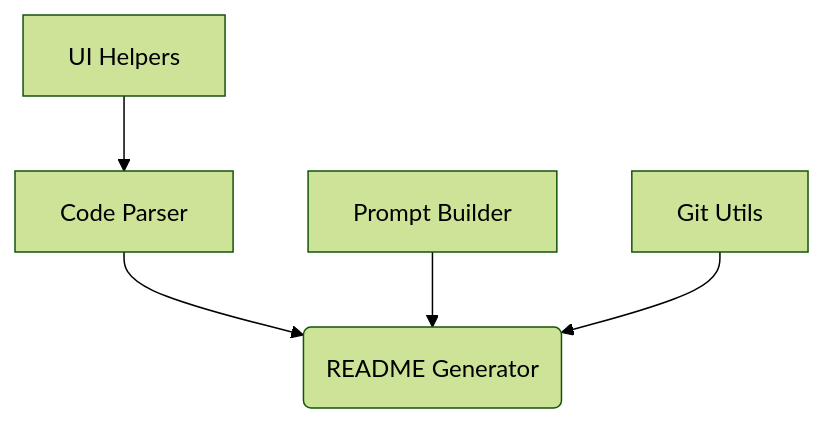
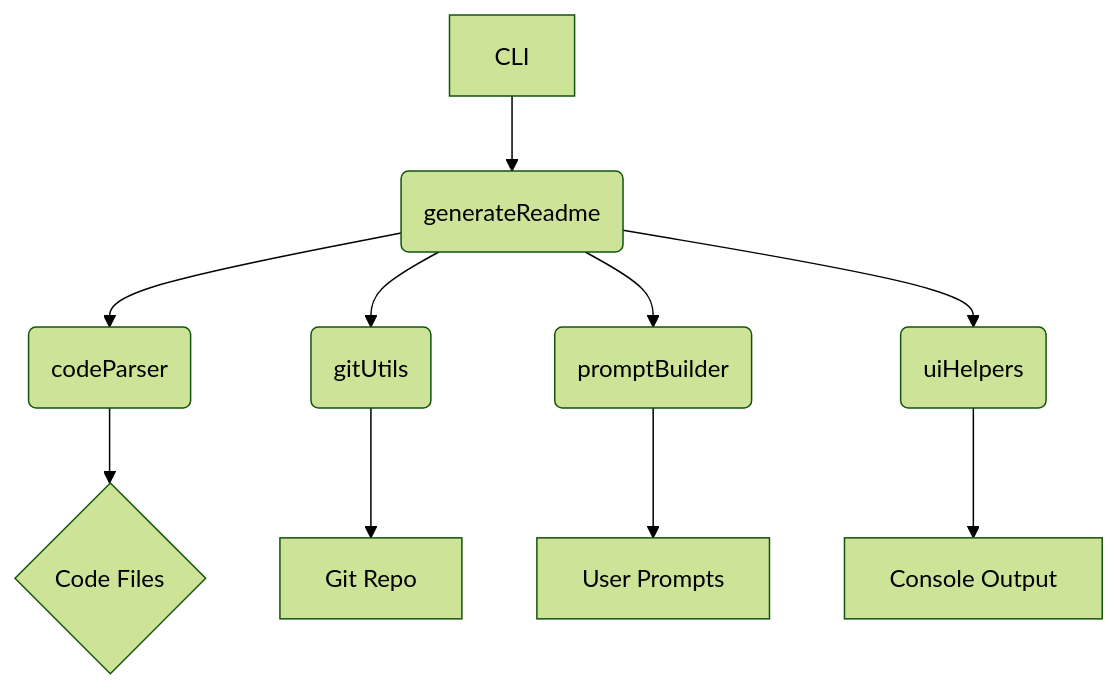
Before and after one commit to PIYUSH1SAINI/ReadMe-wiz: the first of 2 diagrams in README.md, drawn with Mermaid (forest theme). The commit also changed other lines of this file and 1 other file, not shown here.

````diff
--- a/README.md
+++ b/README.md
@@ -91,7 +31,13 @@
 ```mermaid
 graph TD
-    A[Code Parser] --> B(README Generator);
-    C[Prompt Builder] --> B;
-    D[Git Utils] --> B;
-    E[UI Helpers] --> A;
+    A[CLI] --> B(generateReadme);
+    B --> C(codeParser);
+    B --> D(gitUtils);
+    B --> E(promptBuilder);
+    B --> F(uiHelpers);
+    C --> G{Code Files};
+    D --> H[Git Repo];
+    E --> I[User Prompts];
+    F --> J[Console Output];
+
 ```
````
